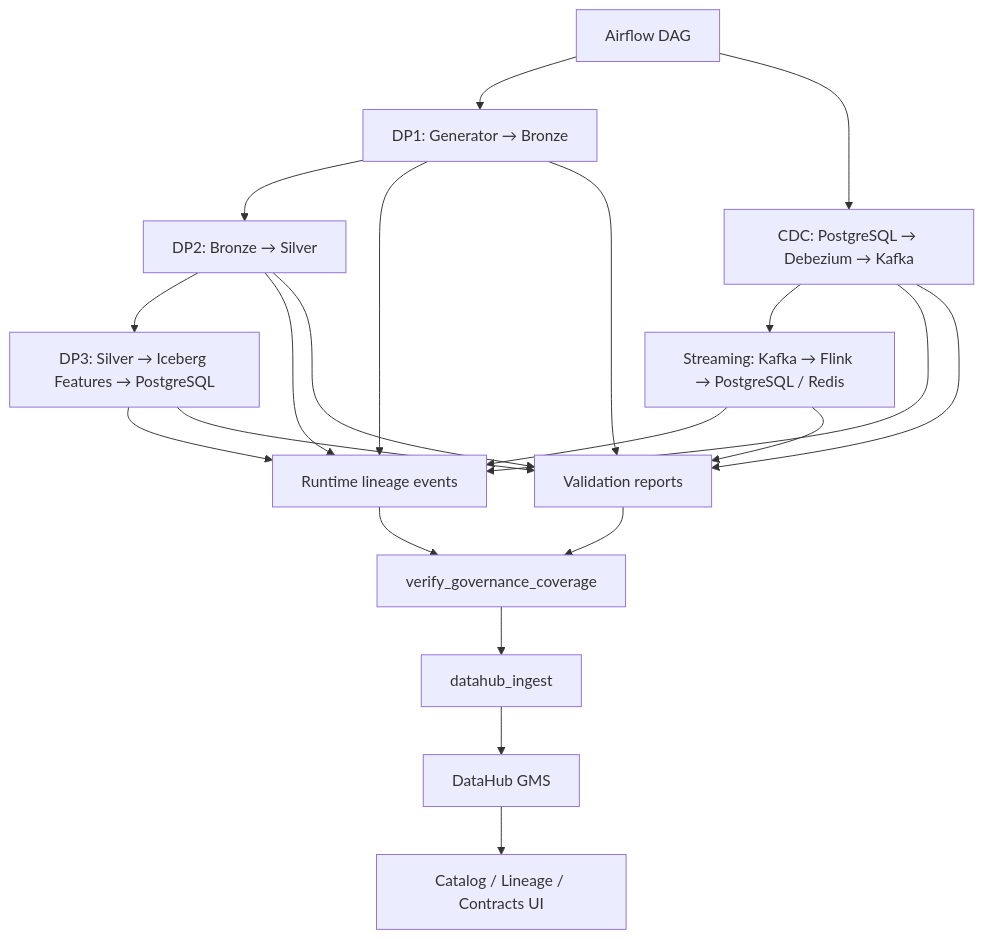
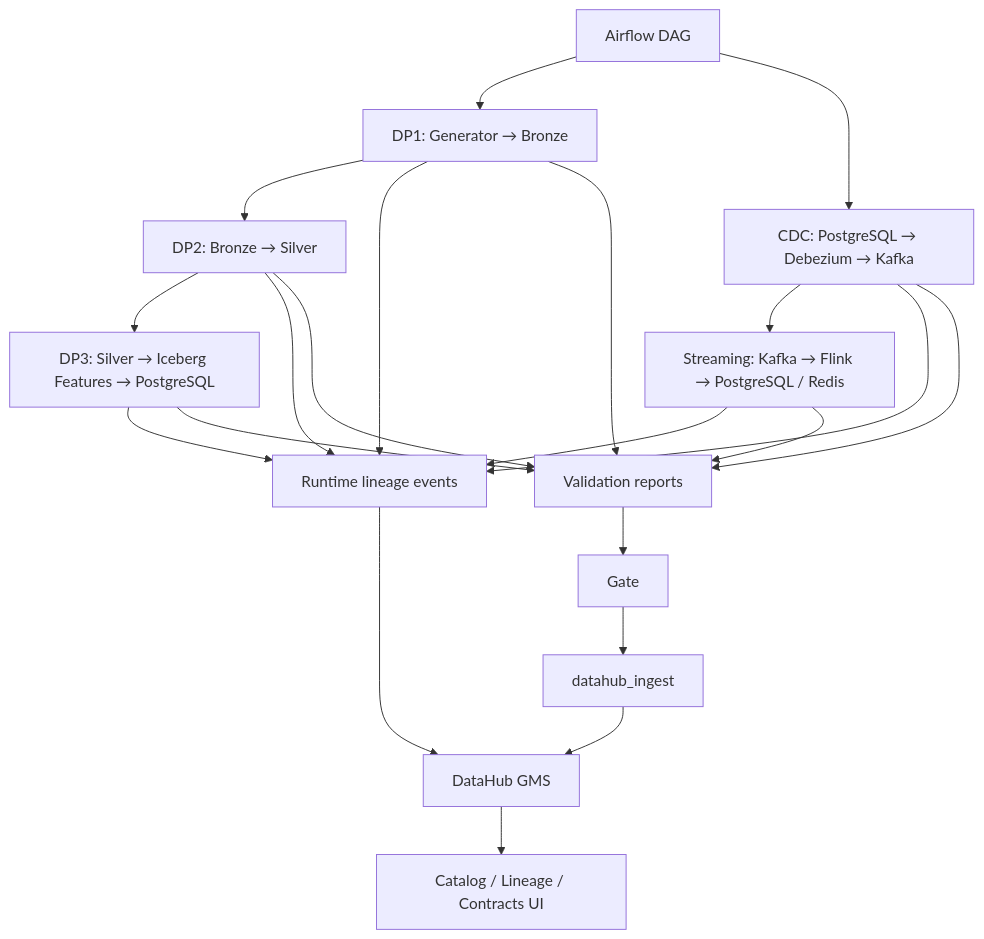
The first of 2 diagrams in docs/submission/rubic-(mini-coursework)/data_governance.md (itsmekhoathekid/RecSys-MLops), drawn with Mermaid before and after one commit. The commit also changed other lines of this file and 20 other files, not shown here.

Commit message:
feat: publish native DataHub runtime lineage

````diff
--- a/docs/submission/rubic-(mini-coursework)/data_governance.md
+++ b/docs/submission/rubic-(mini-coursework)/data_governance.md
@@ -15,28 +15,28 @@
 ```mermaid
 flowchart TD
   Airflow["Airflow DAG"] --> DP1["DP1: Generator → Bronze"]
   DP1 --> DP2["DP2: Bronze → Silver"]
   DP2 --> DP3["DP3: Silver → Iceberg Features → PostgreSQL"]
 
   Airflow --> CDC["CDC: PostgreSQL → Debezium → Kafka"]
   CDC --> Flink["Streaming: Kafka → Flink → PostgreSQL / Redis"]
 
   DP1 --> LE["Runtime lineage events"]
   DP2 --> LE
   DP3 --> LE
   CDC --> LE
   Flink --> LE
 
   DP1 --> VR["Validation reports"]
   DP2 --> VR
   DP3 --> VR
   CDC --> VR
   Flink --> VR
 
-  LE --> Gate["verify_governance_coverage"]
+  LE --> GMS["DataHub GMS"]
   VR --> Gate
   Gate --> Ingest["datahub_ingest"]
 
-  Ingest --> GMS["DataHub GMS"]
+  Ingest --> GMS
   GMS --> UI["Catalog / Lineage / Contracts UI"]
 ```
````
